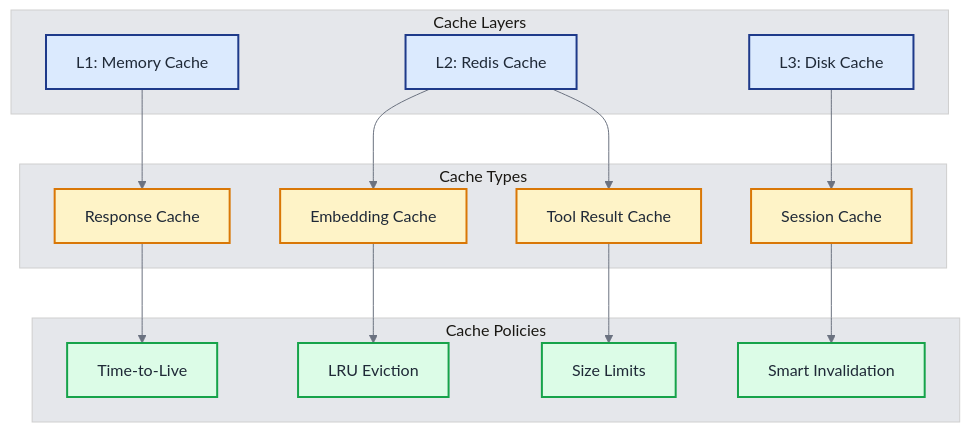
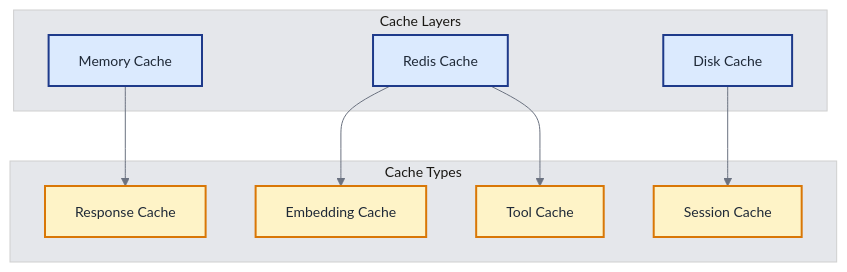
Before and after one commit to khaosans/basic-chat: the second of 6 diagrams in docs/TECHNICAL_OVERVIEW.md, drawn with Mermaid. The commit also changed other lines of this file and 3 other files, not shown here.

Commit message:
docs: Revise technical overview and update architecture diagrams - Simplify terminology and improve clarity in diagrams - Adjust font sizes and class definitions for better readability

````diff
--- a/docs/TECHNICAL_OVERVIEW.md
+++ b/docs/TECHNICAL_OVERVIEW.md
@@ -186,41 +171,27 @@
 ```mermaid
-%%{init: {'theme': 'base', 'themeVariables': { 'fontSize': '16px', 'fontFamily': 'Arial, sans-serif', 'primaryColor': '#1e3a8a', 'primaryTextColor': '#1f2937', 'primaryBorderColor': '#374151', 'lineColor': '#6b7280', 'secondaryColor': '#f3f4f6', 'tertiaryColor': '#e5e7eb', 'edgeLabelBackground': '#f9fafb'}}}%%
+%%{init: {'theme': 'base', 'themeVariables': { 'fontSize': '14px', 'fontFamily': 'Arial, sans-serif', 'primaryColor': '#1e3a8a', 'primaryTextColor': '#1f2937', 'primaryBorderColor': '#374151', 'lineColor': '#6b7280', 'secondaryColor': '#f3f4f6', 'tertiaryColor': '#e5e7eb'}}}%%
 graph TB
     subgraph "Cache Layers"
-        L1[L1: Memory Cache]
-        L2[L2: Redis Cache]
-        L3[L3: Disk Cache]
+        L1[Memory Cache]
+        L2[Redis Cache]
+        L3[Disk Cache]
     end
     
     subgraph "Cache Types"
         RESPONSE[Response Cache]
         EMBEDDING[Embedding Cache]
-        TOOL[Tool Result Cache]
+        TOOL[Tool Cache]
         SESSION[Session Cache]
-    end
-    
-    subgraph "Cache Policies"
-        TTL[Time-to-Live]
-        LRU[LRU Eviction]
-        SIZE[Size Limits]
-        INVALIDATION[Smart Invalidation]
     end
     
     L1 --> RESPONSE
     L2 --> EMBEDDING
     L2 --> TOOL
     L3 --> SESSION
     
-    RESPONSE --> TTL
-    EMBEDDING --> LRU
-    TOOL --> SIZE
-    SESSION --> INVALIDATION
-    
     classDef layers fill:#dbeafe,stroke:#1e3a8a,stroke-width:2px,color:#1f2937
     classDef types fill:#fef3c7,stroke:#d97706,stroke-width:2px,color:#1f2937
-    classDef policies fill:#dcfce7,stroke:#16a34a,stroke-width:2px,color:#1f2937
     
     class L1,L2,L3 layers
     class RESPONSE,EMBEDDING,TOOL,SESSION types
-    class TTL,LRU,SIZE,INVALIDATION policies
 ```
````
